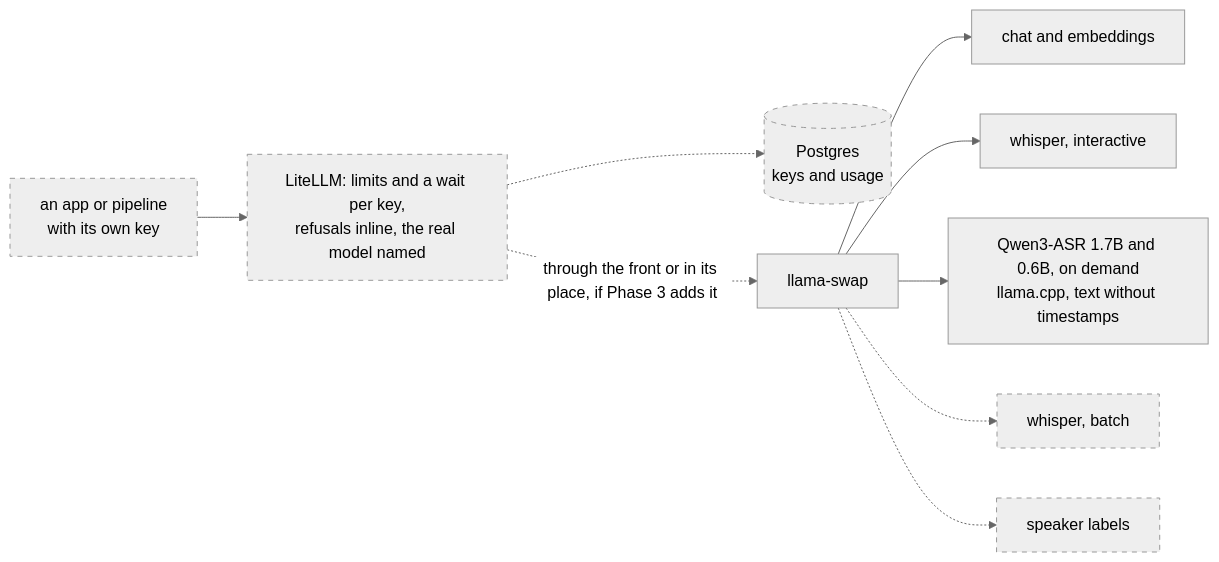
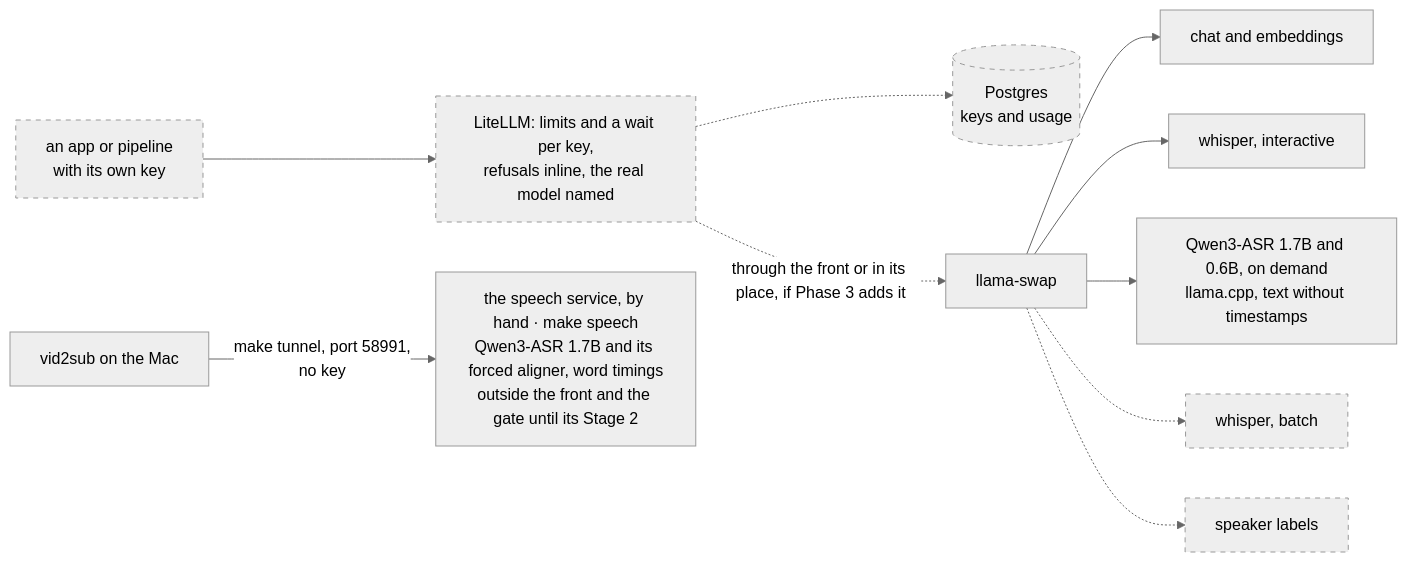
One commit to chendaniely/local-ai changed the fourth of 4 diagrams in website/architecture.qmd. Above: the diagram before and after it, drawn with Mermaid (neutral theme). The commit also changed other lines of this file and 5 other files, not shown here.

Commit message:
docs(plan): 🤖 the speech service's runbook, its place on the Architecture page, and the plan's notes

````diff
--- a/website/architecture.qmd
+++ b/website/architecture.qmd
@@ -300,13 +304,14 @@
 ```{mermaid}
 flowchart LR
   classDef planned stroke-dasharray: 5 5
 
   app["an app or pipeline<br/>with its own key"]:::planned --> litellm["LiteLLM: limits and a wait per key,<br/>refusals inline, the real model named"]:::planned
   litellm -.-> pg[("Postgres<br/>keys and usage")]:::planned
   litellm -. "through the front or in its place, if Phase 3 adds it" .-> swap["llama-swap"]
   swap --> chat["chat and embeddings"]
   swap --> stt["whisper, interactive"]
   swap --> asr["Qwen3-ASR 1.7B and 0.6B, on demand<br/>llama.cpp, text without timestamps"]
   swap -.-> batch["whisper, batch"]:::planned
+  vid2sub["vid2sub on the Mac"] -- "make tunnel, port 58991,<br/>no key" --> speechsvc["the speech service, by hand · make speech<br/>Qwen3-ASR 1.7B and its forced aligner, word timings<br/>outside the front and the gate until its Stage 2"]
   swap -.-> diar["speaker labels"]:::planned
 ```
````
